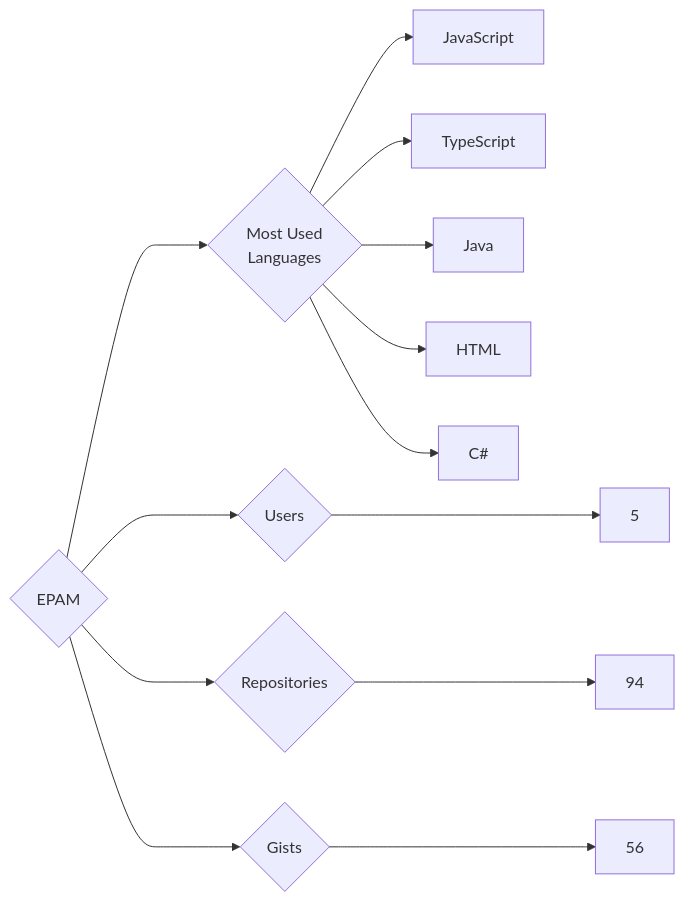
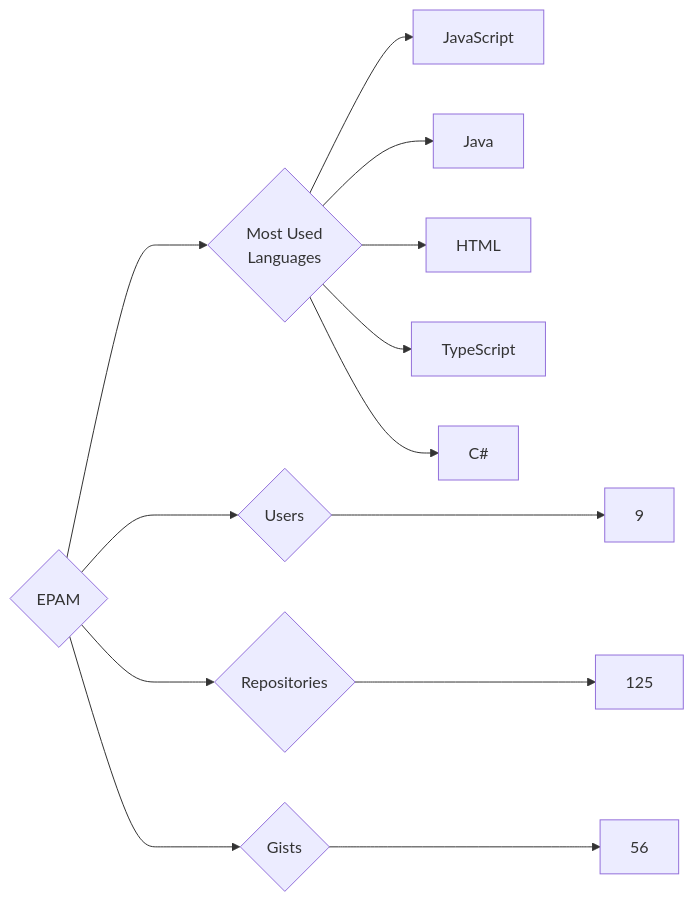
The diagram in targets/EPAM/README.md (trickest/insiders), drawn with Mermaid before and after one commit. The commit also changed 618 other files, not shown here.

````diff
--- a/targets/EPAM/README.md
+++ b/targets/EPAM/README.md
@@ -3,13 +3,13 @@
 ```mermaid
 graph LR
 COMPANY_NAME{EPAM}
-COMPANY_NAME ---> U{Users} ---> UN[5]
-COMPANY_NAME ---> R{Repositories} ---> RN[94]
+COMPANY_NAME ---> U{Users} ---> UN[9]
+COMPANY_NAME ---> R{Repositories} ---> RN[125]
 COMPANY_NAME ---> G{Gists} ---> GN[56]
 COMPANY_NAME ---> ML{Most Used<br>Languages}
 ML --> JavaScript[JavaScript]
-ML --> TypeScript[TypeScript]
 ML --> Java[Java]
 ML --> HTML[HTML]
+ML --> TypeScript[TypeScript]
 ML --> C#[C#]
 ```
````
